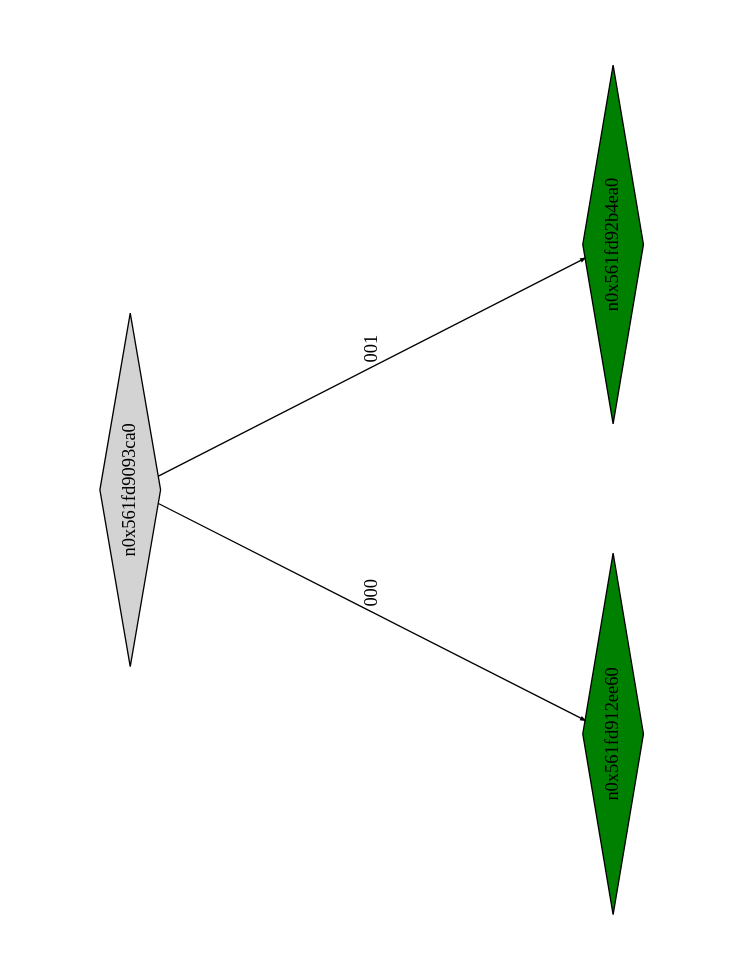
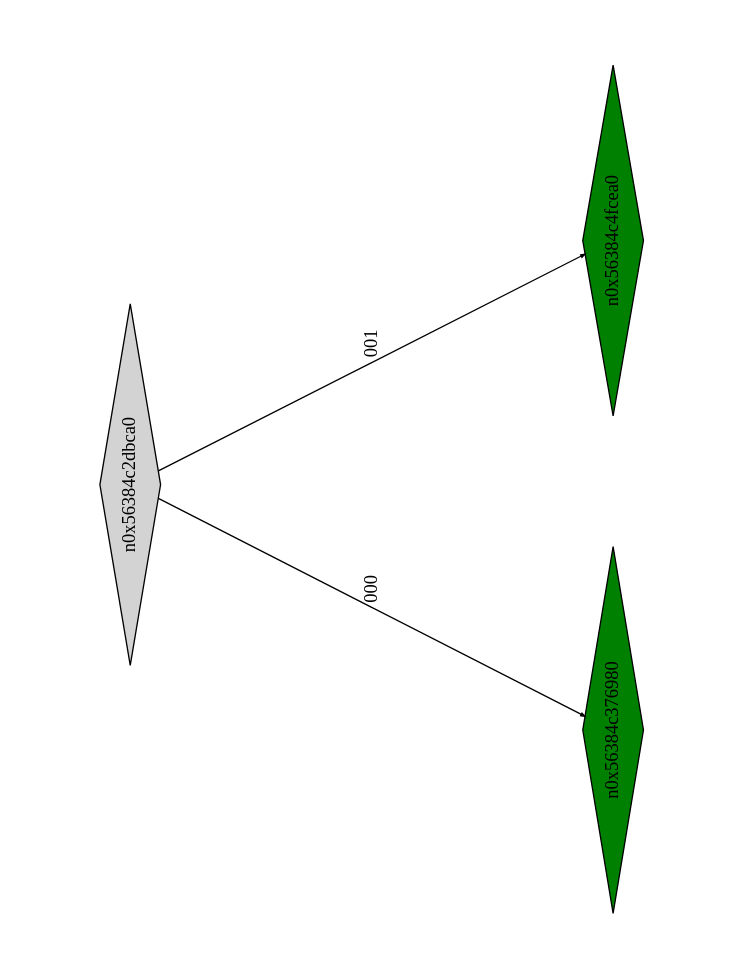
The diagram in montyhall_klee_out/ptree_00001023.dot (Research-Tools-PAVT/PSE-Program-Examples), drawn with Graphviz before and after one commit. The commit also changed 101 other files, not shown here.

```diff
--- a/montyhall_klee_out/ptree_00001023.dot
+++ b/montyhall_klee_out/ptree_00001023.dot
@@ -1,13 +1,13 @@
 digraph G {
 	size="10,7.5";
 	ratio=fill;
 	rotate=90;
 	center = "true";
 	node [style="filled",width=.1,height=.1,fontname="Terminus"]
 	edge [arrowsize=.3]
-	n0x561fd9093ca0 [shape=diamond];
-	n0x561fd9093ca0 -> n0x561fd912ee60 [label=000];
-	n0x561fd9093ca0 -> n0x561fd92b4ea0 [label=001];
-	n0x561fd92b4ea0 [shape=diamond,fillcolor=green];
-	n0x561fd912ee60 [shape=diamond,fillcolor=green];
+	n0x56384c2dbca0 [shape=diamond];
+	n0x56384c2dbca0 -> n0x56384c376980 [label=000];
+	n0x56384c2dbca0 -> n0x56384c4fcea0 [label=001];
+	n0x56384c4fcea0 [shape=diamond,fillcolor=green];
+	n0x56384c376980 [shape=diamond,fillcolor=green];
 }
```
